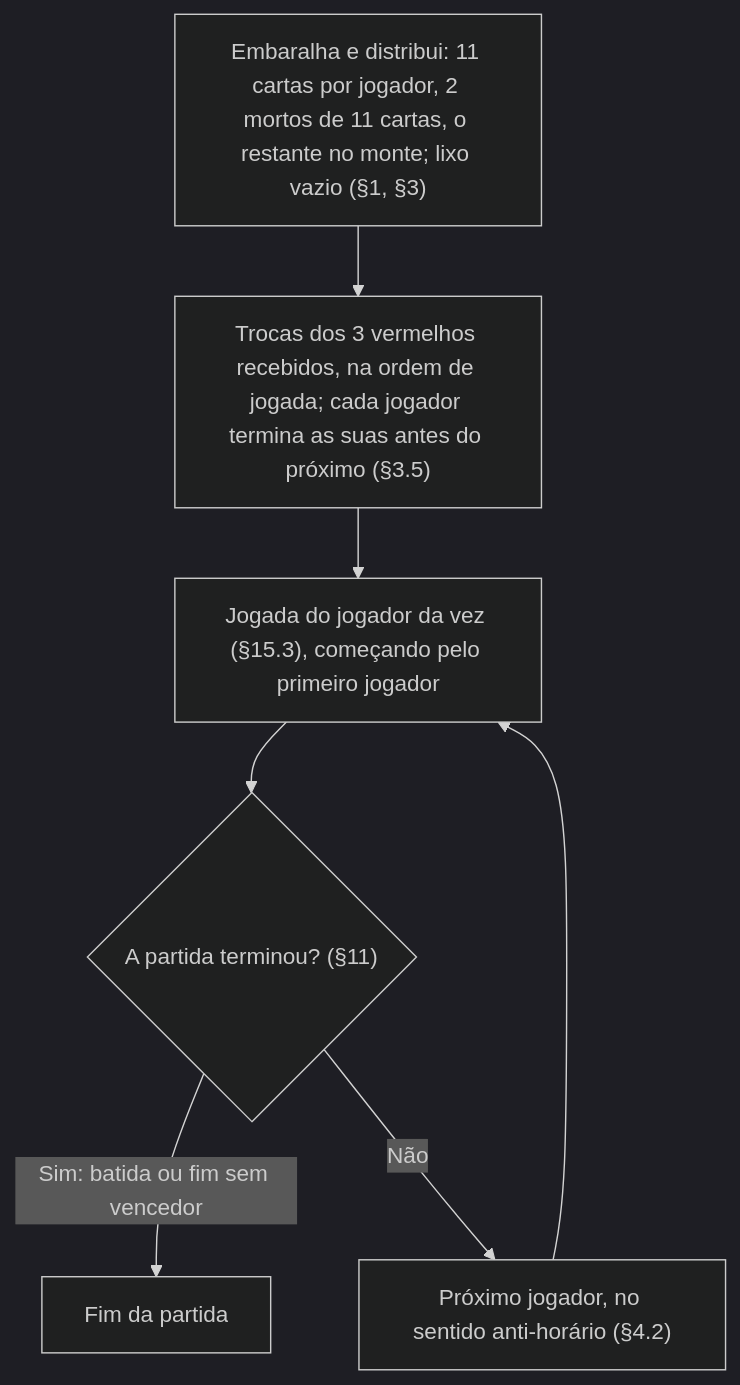
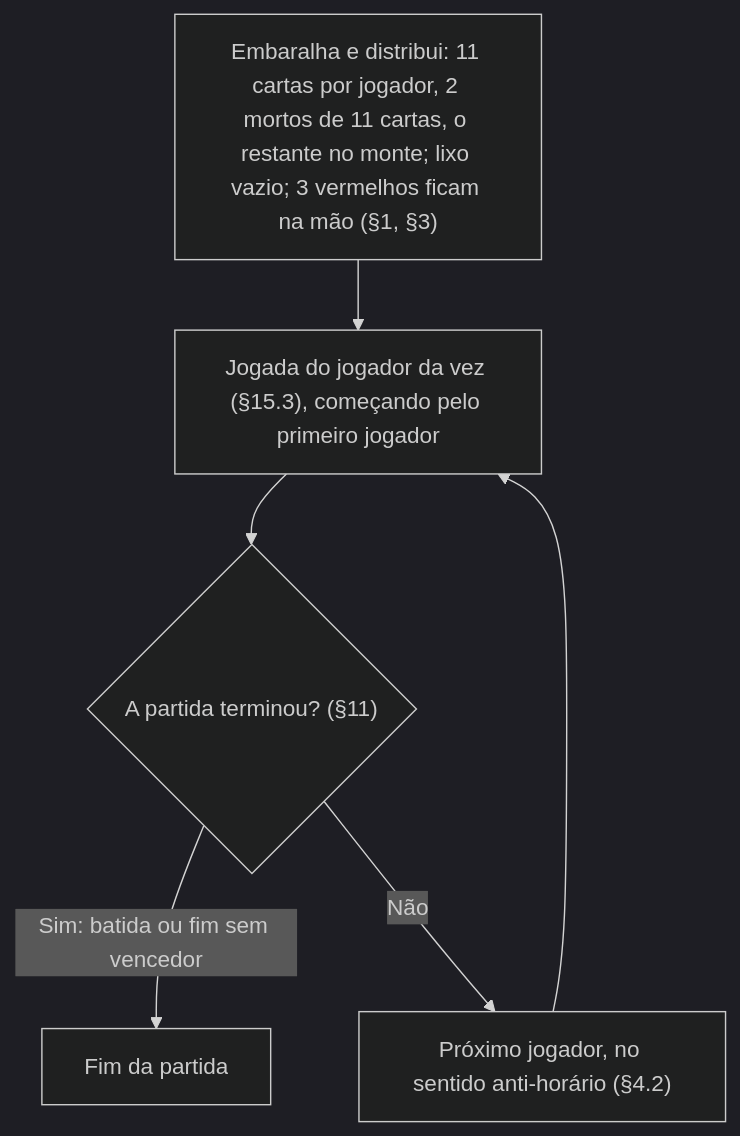
The second of 3 diagrams in definition.md (williandrade82/g-tranca), drawn with Mermaid (dark theme) before and after one commit. The commit also changed other lines of this file and 28 other files, not shown here.

First line of the commit message:
Regras: canastra de 7 cartas e 3 vermelho trocado só na vez do jogador (§3.5, §4.3, §6.5, §7.1, §9.4)

````diff
--- a/definition.md
+++ b/definition.md
@@ -355,9 +355,8 @@
 ```mermaid
 flowchart TD
-    A["Embaralha e distribui: 11 cartas por jogador, 2 mortos de 11 cartas, o restante no monte; lixo vazio (§1, §3)"] --> B["Trocas dos 3 vermelhos recebidos, na ordem de jogada; cada jogador termina as suas antes do próximo (§3.5)"]
-    B --> C["Jogada do jogador da vez (§15.3), começando pelo primeiro jogador"]
+    A["Embaralha e distribui: 11 cartas por jogador, 2 mortos de 11 cartas, o restante no monte; lixo vazio; 3 vermelhos ficam na mão (§1, §3)"] --> C["Jogada do jogador da vez (§15.3), começando pelo primeiro jogador"]
     C --> D{"A partida terminou? (§11)"}
     D -->|"Sim: batida ou fim sem vencedor"| E["Fim da partida"]
     D -->|Não| F["Próximo jogador, no sentido anti-horário (§4.2)"]
     F --> C
 ```
````
